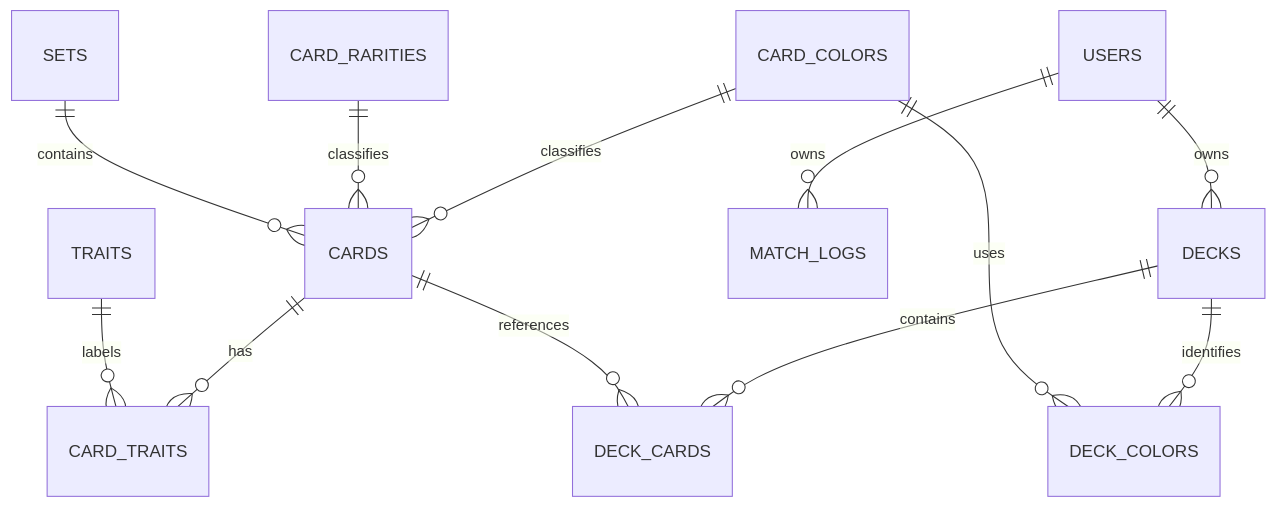
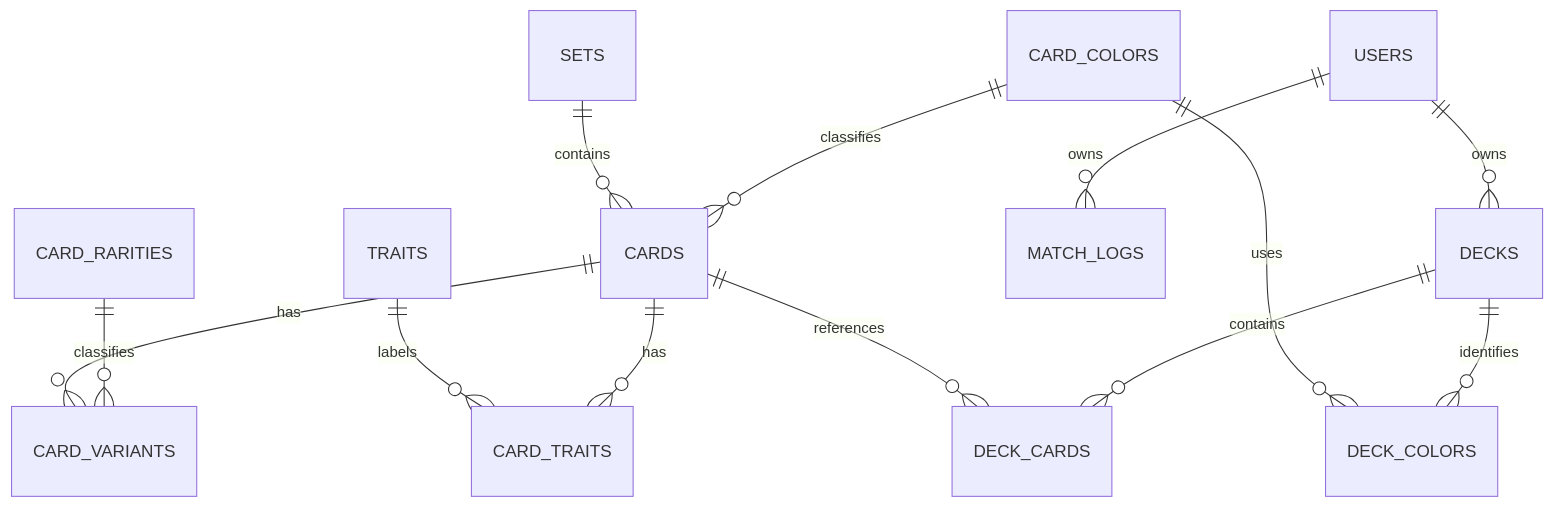
The diagram in ERD.MD (izzanpm/mhrdex), drawn with Mermaid before and after one commit. The commit also changed other lines of this file and 380 other files, not shown here.

Commit message:
feat(catalog): normalize card variants and add import pipeline

````diff
--- a/ERD.MD
+++ b/ERD.MD
@@ -19,14 +19,15 @@
 ```mermaid
 erDiagram
   CARD_COLORS ||--o{ CARDS : classifies
-  CARD_RARITIES ||--o{ CARDS : classifies
+  CARD_RARITIES ||--o{ CARD_VARIANTS : classifies
   SETS ||--o{ CARDS : contains
+  CARDS ||--o{ CARD_VARIANTS : has
   CARDS ||--o{ CARD_TRAITS : has
   TRAITS ||--o{ CARD_TRAITS : labels
   USERS ||--o{ MATCH_LOGS : owns
   USERS ||--o{ DECKS : owns
   DECKS ||--o{ DECK_COLORS : identifies
   CARD_COLORS ||--o{ DECK_COLORS : uses
   DECKS ||--o{ DECK_CARDS : contains
   CARDS ||--o{ DECK_CARDS : references
 ```
````
